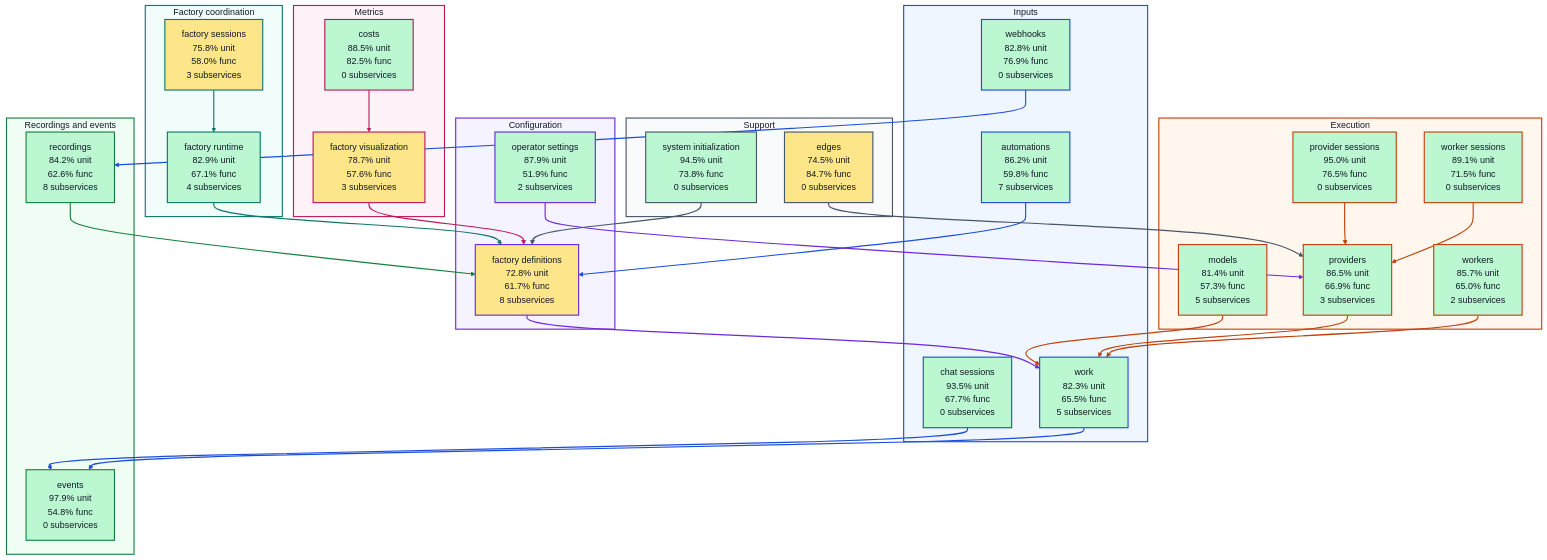
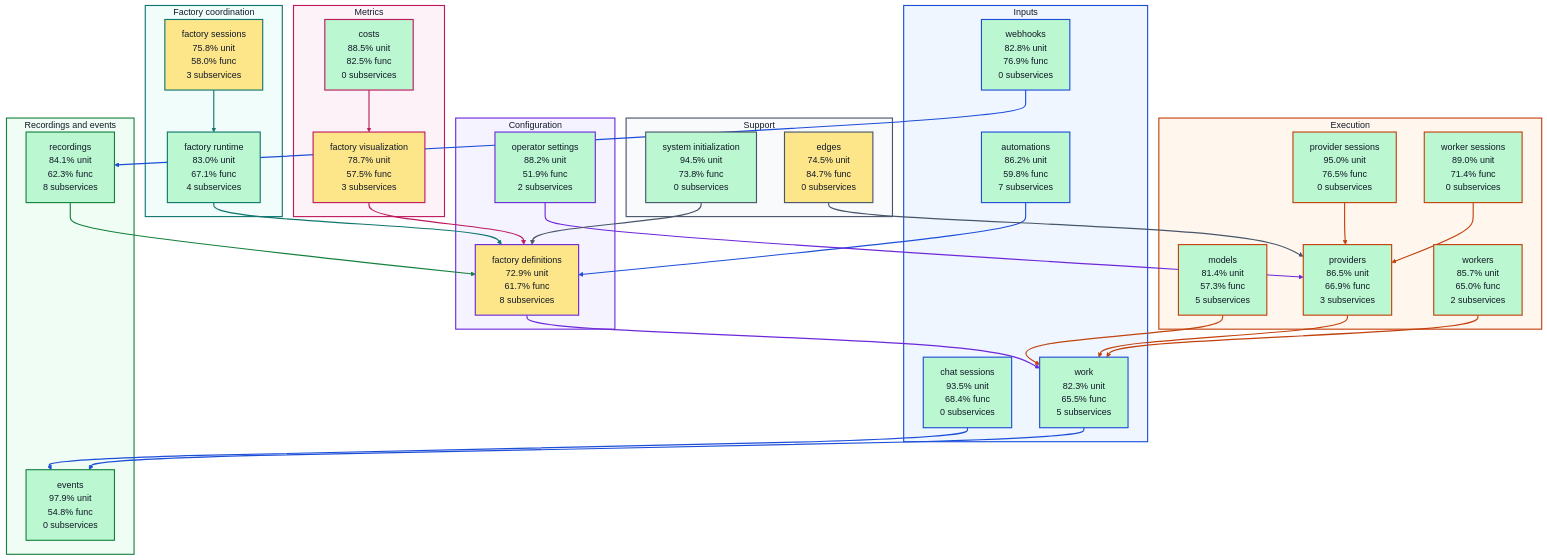
One commit to portpowered/you-agent-factory changed the diagram in docs/architecture/visualizations/high-level-test-coverage.md. Above: the diagram before and after it, drawn with Mermaid (base theme). The commit also changed other lines of this file and 20 other files, not shown here.

Commit message:
docs: refresh backend architecture visualizations

```diff
--- a/docs/architecture/visualizations/high-level-test-coverage.md
+++ b/docs/architecture/visualizations/high-level-test-coverage.md
@@ -12,32 +12,32 @@
 flowchart TB
   subgraph input["Inputs"]
     s_services_automations["automations<br/>86.2% unit<br/>59.8% func<br/>7 subservices"]
-    s_services_chat_sessions["chat sessions<br/>93.5% unit<br/>67.7% func<br/>0 subservices"]
+    s_services_chat_sessions["chat sessions<br/>93.5% unit<br/>68.4% func<br/>0 subservices"]
     s_services_webhooks["webhooks<br/>82.8% unit<br/>76.9% func<br/>0 subservices"]
     s_services_work["work<br/>82.3% unit<br/>65.5% func<br/>5 subservices"]
   end
   subgraph configuration["Configuration"]
-    s_services_factory_definitions["factory definitions<br/>72.8% unit<br/>61.7% func<br/>8 subservices"]
-    s_services_operator_settings["operator settings<br/>87.9% unit<br/>51.9% func<br/>2 subservices"]
+    s_services_factory_definitions["factory definitions<br/>72.9% unit<br/>61.7% func<br/>8 subservices"]
+    s_services_operator_settings["operator settings<br/>88.2% unit<br/>51.9% func<br/>2 subservices"]
   end
   subgraph coordination["Factory coordination"]
-    s_services_factory_runtime["factory runtime<br/>82.9% unit<br/>67.1% func<br/>4 subservices"]
+    s_services_factory_runtime["factory runtime<br/>83.0% unit<br/>67.1% func<br/>4 subservices"]
     s_services_factory_sessions["factory sessions<br/>75.8% unit<br/>58.0% func<br/>3 subservices"]
   end
   subgraph execution["Execution"]
     s_services_models["models<br/>81.4% unit<br/>57.3% func<br/>5 subservices"]
     s_services_provider_sessions["provider sessions<br/>95.0% unit<br/>76.5% func<br/>0 subservices"]
     s_services_providers["providers<br/>86.5% unit<br/>66.9% func<br/>3 subservices"]
-    s_services_worker_sessions["worker sessions<br/>89.1% unit<br/>71.5% func<br/>0 subservices"]
+    s_services_worker_sessions["worker sessions<br/>89.0% unit<br/>71.4% func<br/>0 subservices"]
     s_services_workers["workers<br/>85.7% unit<br/>65.0% func<br/>2 subservices"]
   end
   subgraph recordings["Recordings and events"]
     s_services_events["events<br/>97.9% unit<br/>54.8% func<br/>0 subservices"]
-    s_services_recordings["recordings<br/>84.2% unit<br/>62.6% func<br/>8 subservices"]
+    s_services_recordings["recordings<br/>84.1% unit<br/>62.3% func<br/>8 subservices"]
   end
   subgraph metrics["Metrics"]
     s_services_costs["costs<br/>88.5% unit<br/>82.5% func<br/>0 subservices"]
-    s_services_factory_visualization["factory visualization<br/>78.7% unit<br/>57.6% func<br/>3 subservices"]
+    s_services_factory_visualization["factory visualization<br/>78.7% unit<br/>57.5% func<br/>3 subservices"]
   end
   subgraph support["Support"]
     s_services_edges["edges<br/>74.5% unit<br/>84.7% func<br/>0 subservices"]
```
